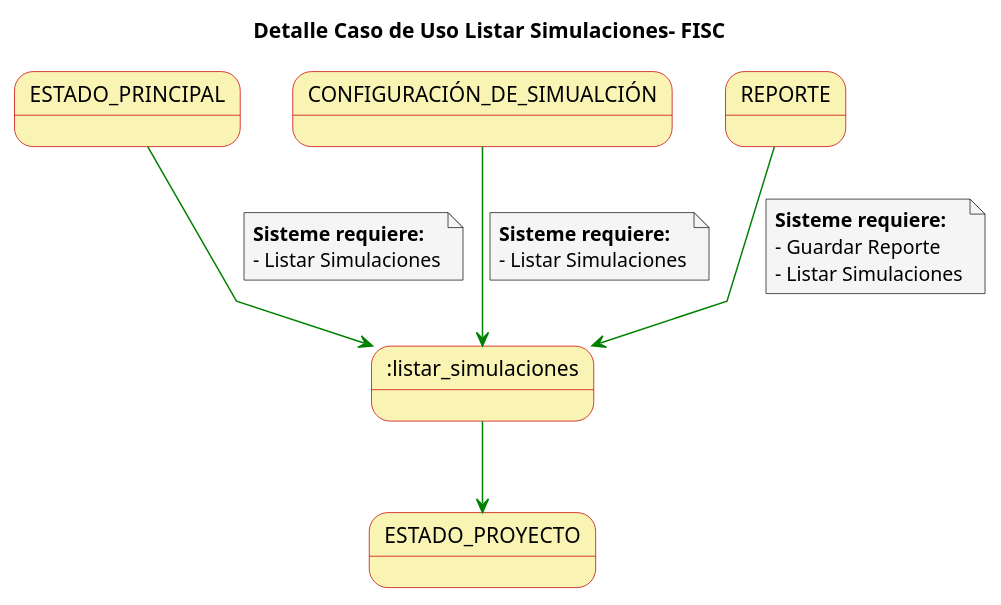
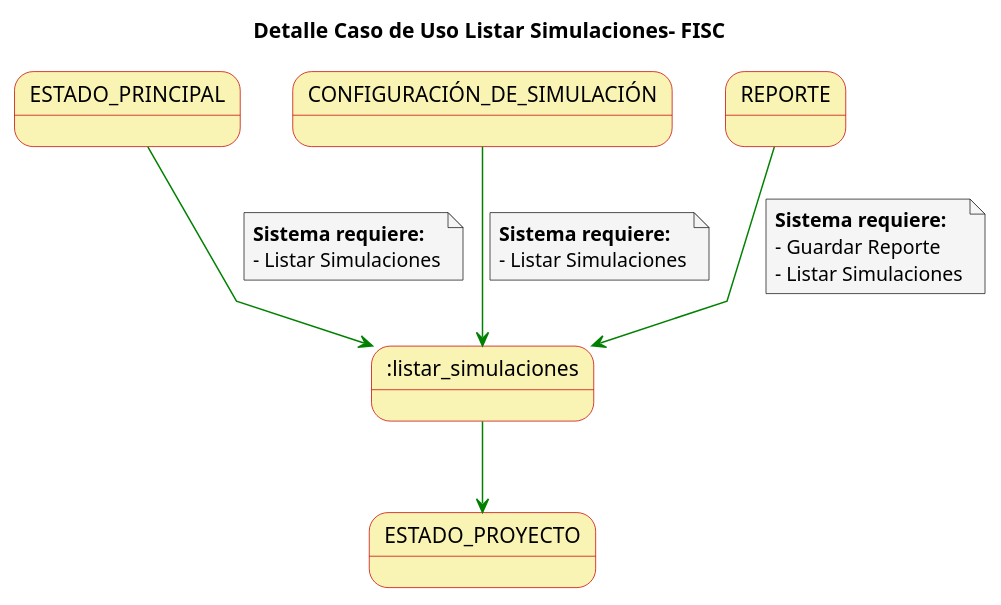
One commit to mmasias/23-24-IdSw1-SDR changed the diagram in casosDeUso/detallesCasosUso/detalleCasoUsoListarSimulaciones.puml. Above: the diagram before and after it, drawn with PlantUML. The commit also changed 8 other files, not shown here.

```diff
--- a/casosDeUso/detallesCasosUso/detalleCasoUsoListarSimulaciones.puml
+++ b/casosDeUso/detallesCasosUso/detalleCasoUsoListarSimulaciones.puml
@@ -1,35 +1,35 @@
 @startuml
 
 skinparam state {
   BackgroundColor #faf4b4
   BorderColor #c90000
 }
 
 skinparam note {
   BackgroundColor #f5f5f5
 }
 
 skinparam linetype polyline
 
 title Detalle Caso de Uso Listar Simulaciones- FISC
 
 ESTADO_PRINCIPAL-[#green]-> :listar_simulaciones
 note on link
-  **Sisteme requiere:**
+  **Sistema requiere:**
   - Listar Simulaciones
 end note
-CONFIGURACIÓN_DE_SIMUALCIÓN-[#green]-> :listar_simulaciones
+CONFIGURACIÓN_DE_SIMULACIÓN-[#green]-> :listar_simulaciones
 note on link
-  **Sisteme requiere:**
+  **Sistema requiere:**
   - Listar Simulaciones
 end note
 REPORTE-[#green]-> :listar_simulaciones
 note on link
-  **Sisteme requiere:**
+  **Sistema requiere:**
   - Guardar Reporte
   - Listar Simulaciones
 end note
 
 :listar_simulaciones-[#green]-> ESTADO_PROYECTO
 
 @enduml
```
